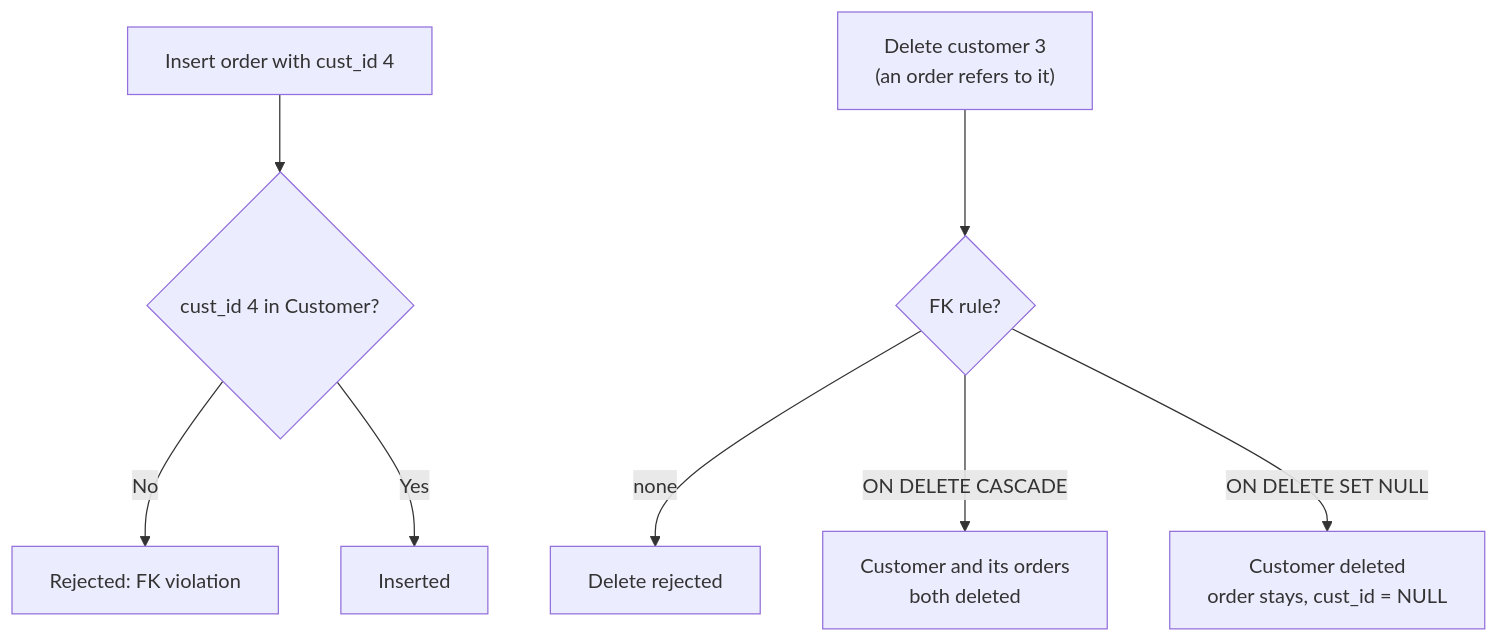
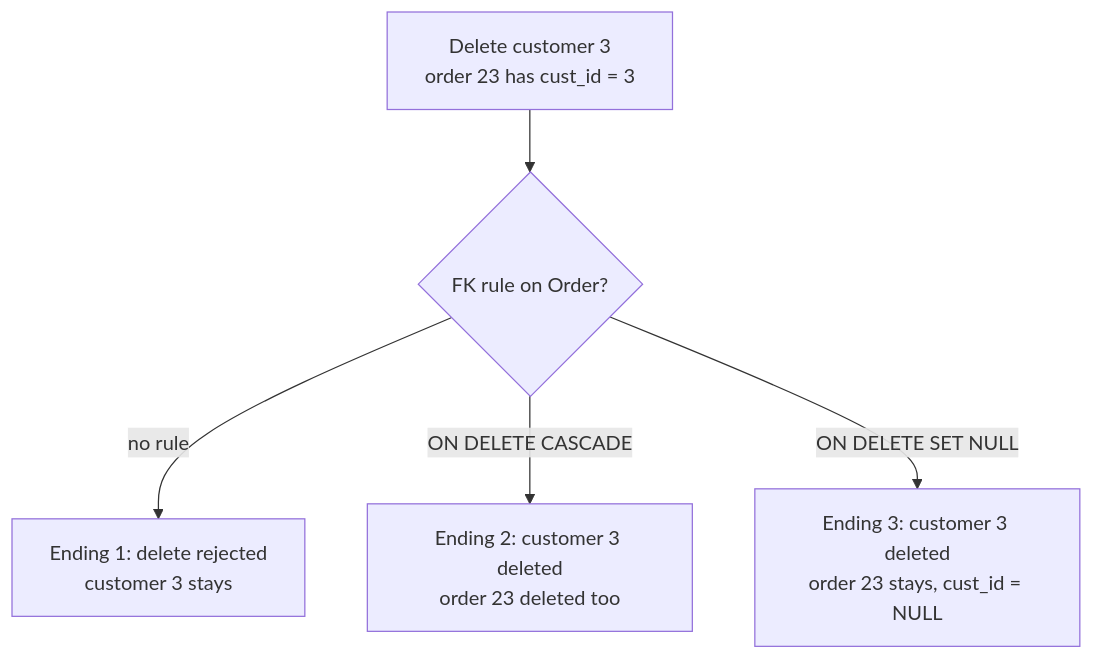
The tenth of 10 diagrams in dbms/07-relational-model.md (aaryan-pradhan/core-cs-fundamentals), drawn with Mermaid before and after one commit. The commit also changed other lines of this file, not shown here.

````diff
--- a/dbms/07-relational-model.md
+++ b/dbms/07-relational-model.md
@@ -107,10 +160,7 @@
 ```mermaid
 flowchart TB
-  I["Insert order with cust_id 4"] --> I1{"cust_id 4 in Customer?"}
-  I1 -- No --> I2["Rejected: FK violation"]
-  I1 -- Yes --> I3["Inserted"]
-  D["Delete customer 3<br/>(an order refers to it)"] --> R{"FK rule?"}
-  R -- "none" --> R1["Delete rejected"]
-  R -- "ON DELETE CASCADE" --> R2["Customer and its orders<br/>both deleted"]
-  R -- "ON DELETE SET NULL" --> R3["Customer deleted<br/>order stays, cust_id = NULL"]
+  D["Delete customer 3<br/>order 23 has cust_id = 3"] --> R{"FK rule on Order?"}
+  R -- "no rule" --> R1["Ending 1: delete rejected<br/>customer 3 stays"]
+  R -- "ON DELETE CASCADE" --> R2["Ending 2: customer 3 deleted<br/>order 23 deleted too"]
+  R -- "ON DELETE SET NULL" --> R3["Ending 3: customer 3 deleted<br/>order 23 stays, cust_id = NULL"]
 ```
````
